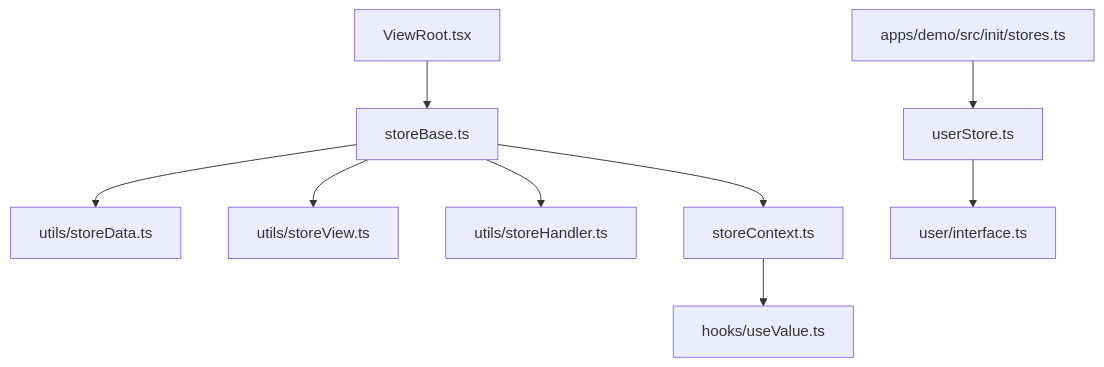
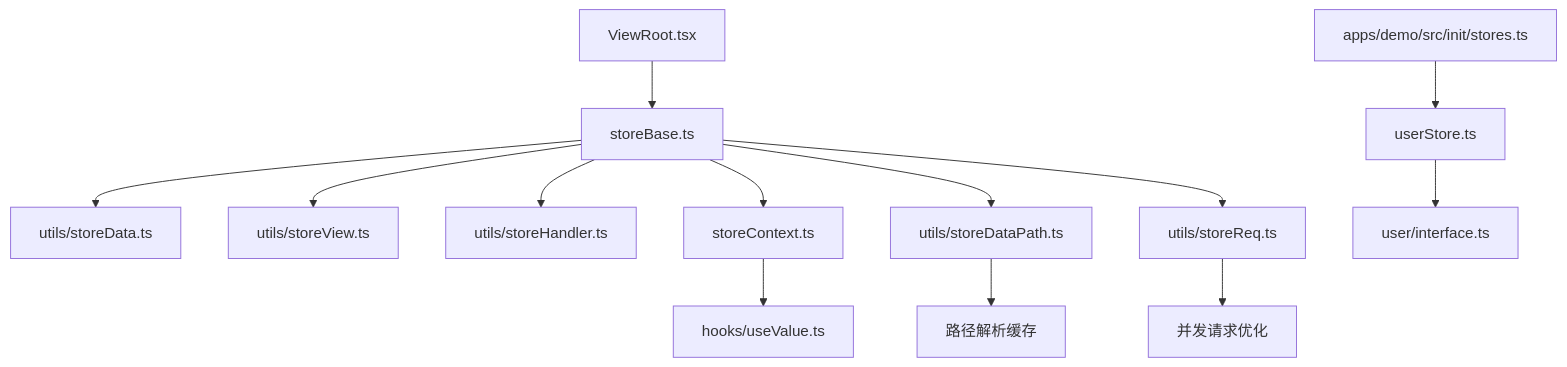
The first of 9 diagrams in .qoder/repowiki/zh/content/框架核心/状态管理.md (liqiongke/FrontArk), drawn with Mermaid before and after one commit. The commit also changed other lines of this file and 25 other files, not shown here.

````diff
--- a/.qoder/repowiki/zh/content/框架核心/状态管理.md
+++ b/.qoder/repowiki/zh/content/框架核心/状态管理.md
@@ -40,11 +49,15 @@
 ```mermaid
 graph TB
 A["ViewRoot.tsx"] --> B["storeBase.ts"]
 B --> C["utils/storeData.ts"]
 B --> D["utils/storeView.ts"]
 B --> E["utils/storeHandler.ts"]
 B --> F["storeContext.ts"]
 F --> G["hooks/useValue.ts"]
 H["userStore.ts"] --> I["user/interface.ts"]
 J["apps/demo/src/init/stores.ts"] --> H
+B --> K["utils/storeDataPath.ts"]
+B --> L["utils/storeReq.ts"]
+K --> M["路径解析缓存"]
+L --> N["并发请求优化"]
 ```
````
